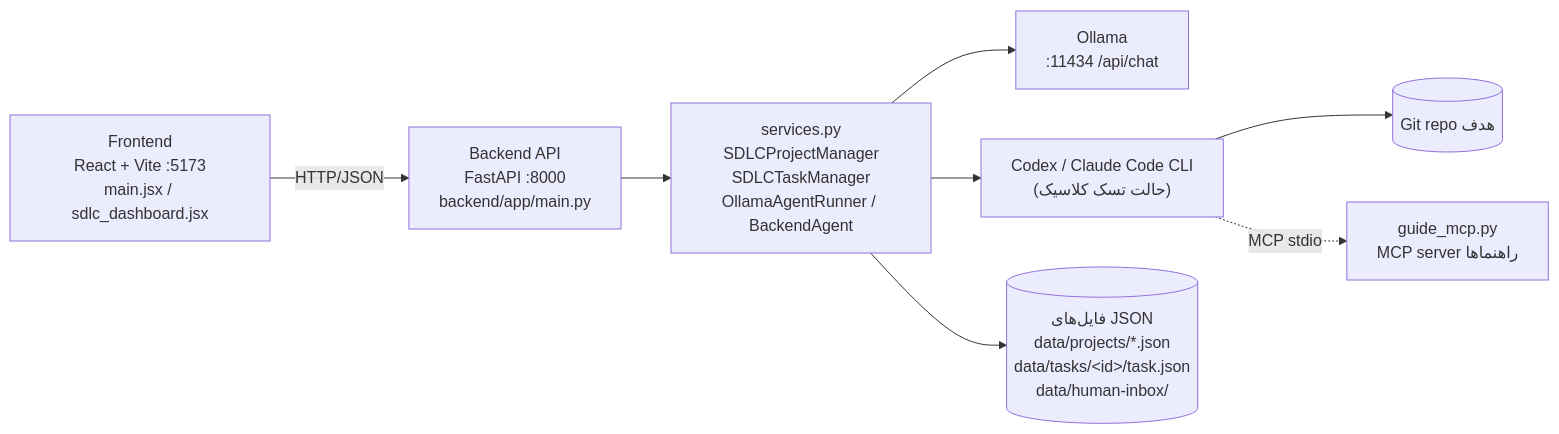
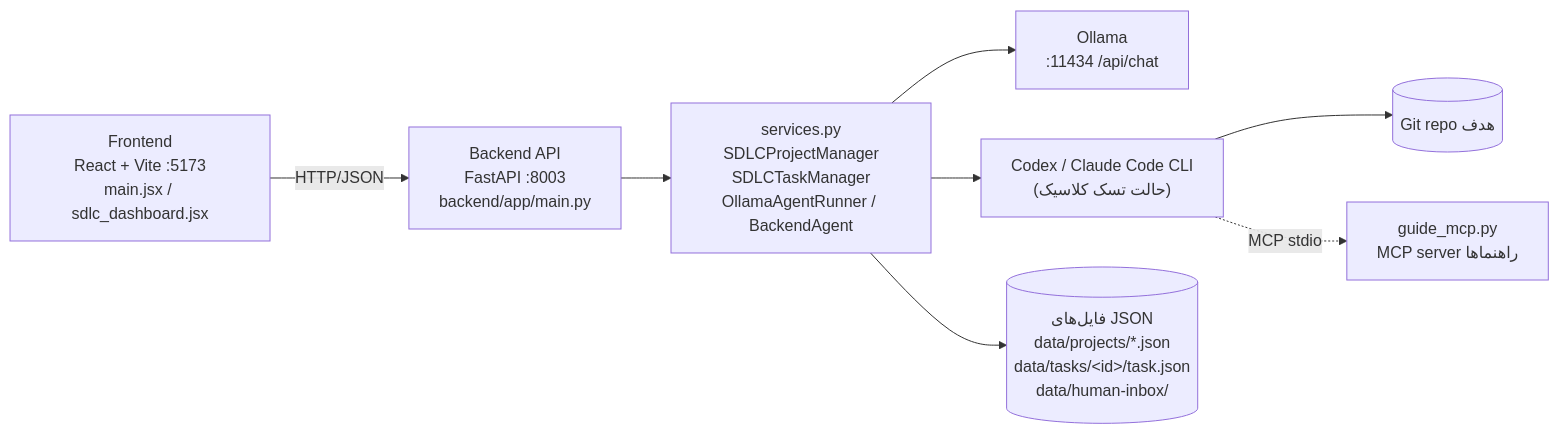
Before and after one commit to ehsanmandegar/taskloom: the first of 3 diagrams in docs/architecture.md, drawn with Mermaid. The commit also changed other lines of this file and 29 other files, not shown here.

````diff
--- a/docs/architecture.md
+++ b/docs/architecture.md
@@ -5,17 +5,17 @@
 ```mermaid
 flowchart LR
     UI["Frontend<br/>React + Vite :5173<br/>main.jsx / sdlc_dashboard.jsx"]
-    API["Backend API<br/>FastAPI :8000<br/>backend/app/main.py"]
+    API["Backend API<br/>FastAPI :8003<br/>backend/app/main.py"]
     SVC["services.py<br/>SDLCProjectManager<br/>SDLCTaskManager<br/>OllamaAgentRunner / BackendAgent"]
     OLL["Ollama<br/>:11434 /api/chat"]
     CLI["Codex / Claude Code CLI<br/>(حالت تسک کلاسیک)"]
     FS[("فایل‌های JSON<br/>data/projects/*.json<br/>data/tasks/&lt;id&gt;/task.json<br/>data/human-inbox/")]
     GIT[("Git repo هدف")]
     MCP["guide_mcp.py<br/>MCP server راهنماها"]
 
     UI -- HTTP/JSON --> API --> SVC
     SVC --> OLL
     SVC --> CLI --> GIT
     SVC --> FS
     CLI -. MCP stdio .-> MCP
 ```
````
